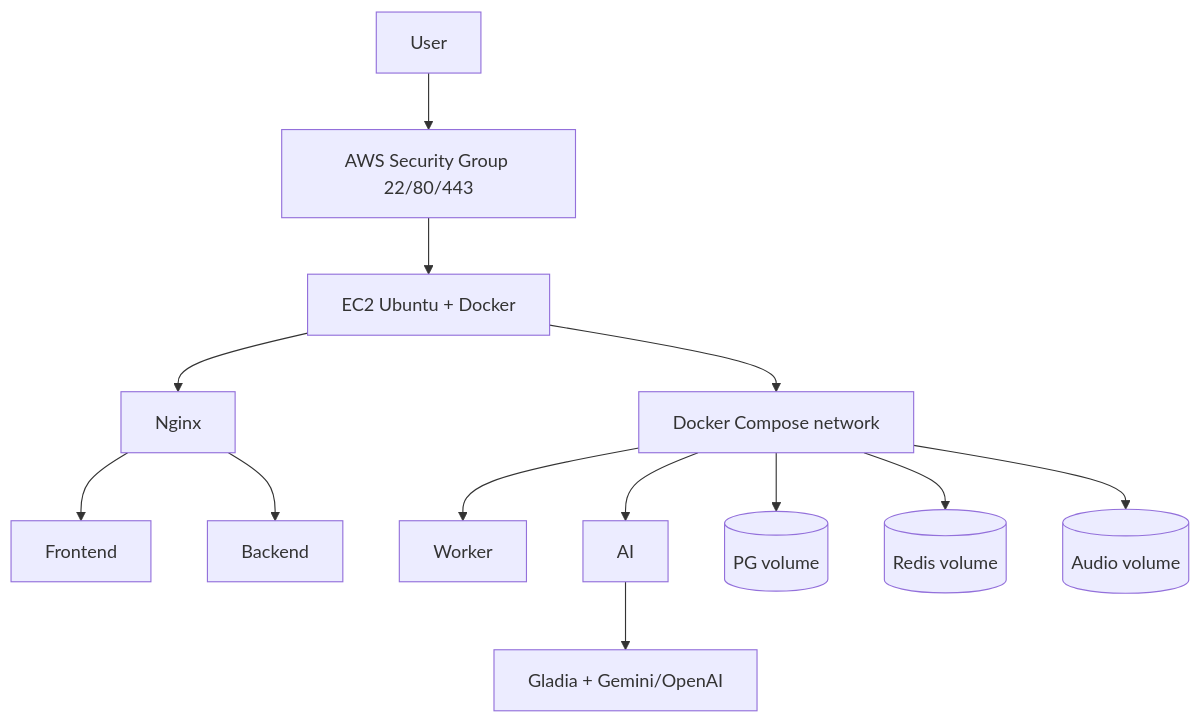
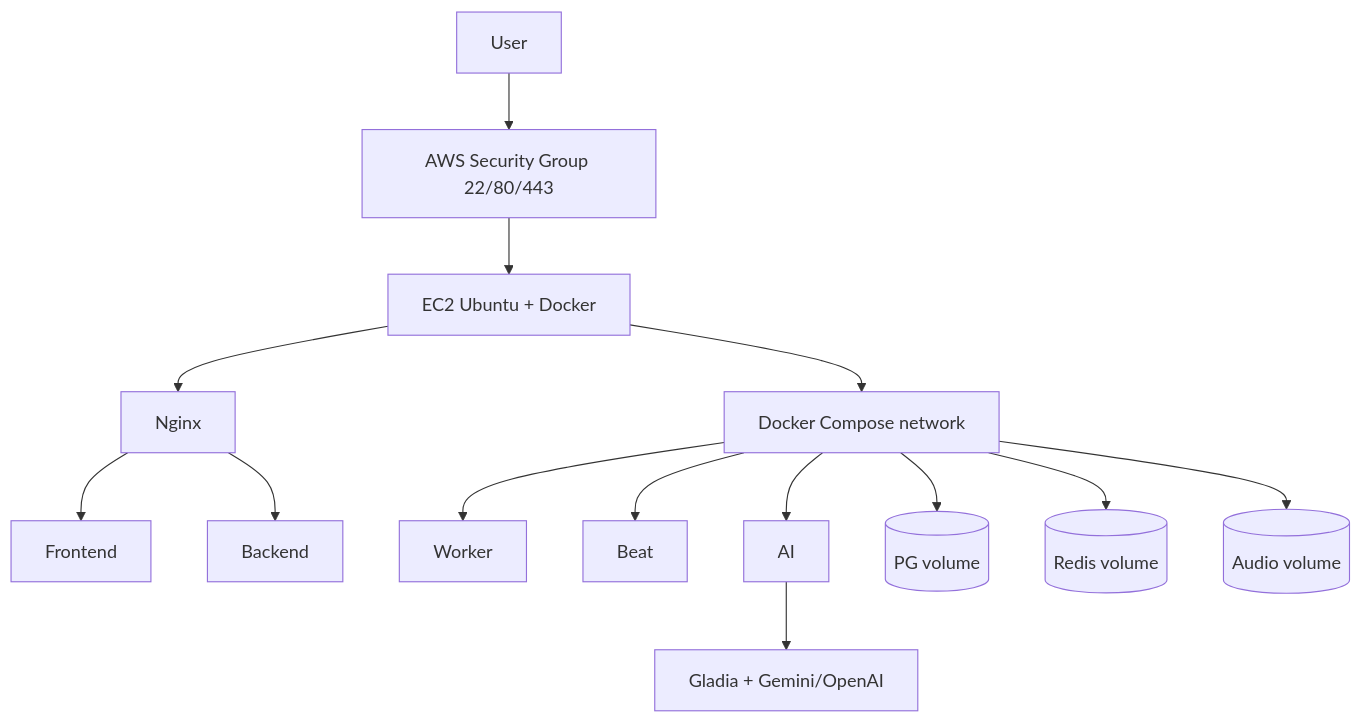
Before and after one commit to plxgplxgplxg/meeting-voice-assistant: the fifth of 5 diagrams in docs/03-architecture/system-architecture.md, drawn with Mermaid. The commit also changed other lines of this file and 234 other files, not shown here.

````diff
--- a/docs/03-architecture/system-architecture.md
+++ b/docs/03-architecture/system-architecture.md
@@ -138,15 +190,16 @@
 ```mermaid
 flowchart TB
     User --> SG[AWS Security Group 22/80/443]
     SG --> Host[EC2 Ubuntu + Docker]
     Host --> Nginx
     Host --> Compose[Docker Compose network]
     Nginx --> Frontend
     Nginx --> Backend
     Compose --> Worker
+    Compose --> Beat
     Compose --> AI
     Compose --> PG[(PG volume)]
     Compose --> Redis[(Redis volume)]
     Compose --> Storage[(Audio volume)]
     AI --> Cloud[Gladia + Gemini/OpenAI]
 ```
````
